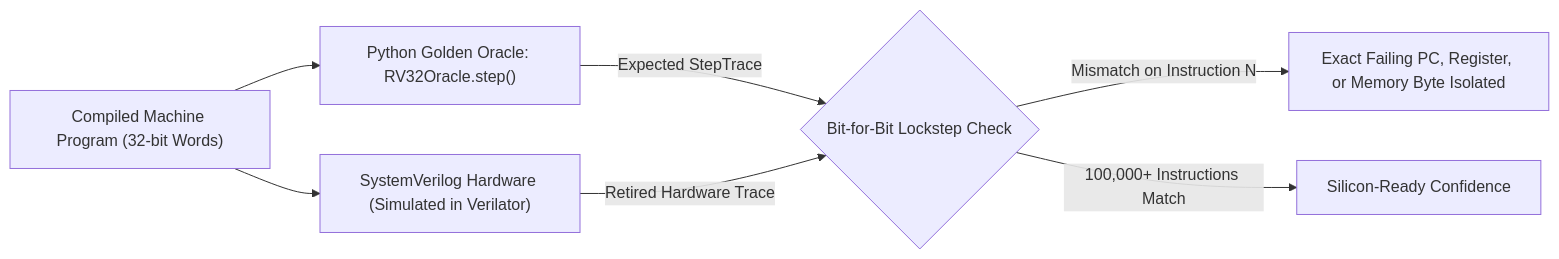
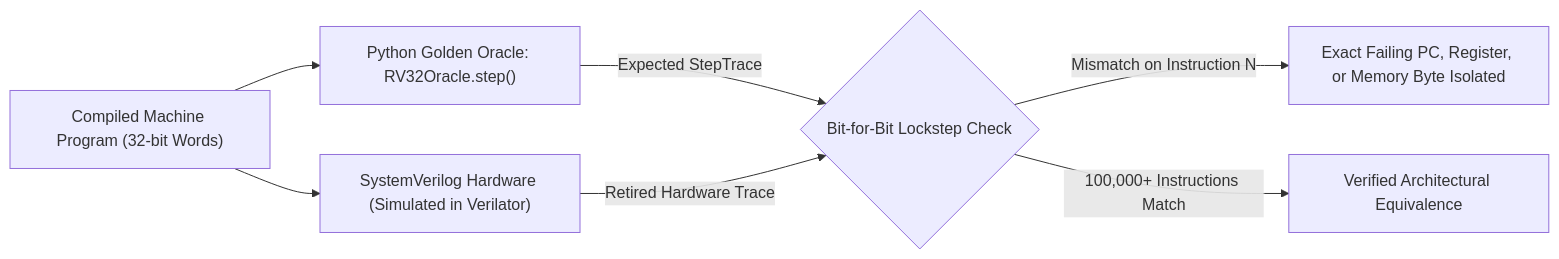
Before and after one commit to Ethanex8/apex: the first of 2 diagrams in systems/brain/chapters/01_golden_oracle_and_isa.md, drawn with Mermaid. The commit also changed other lines of this file and 18 other files, not shown here.

````diff
--- a/systems/brain/chapters/01_golden_oracle_and_isa.md
+++ b/systems/brain/chapters/01_golden_oracle_and_isa.md
@@ -19,10 +19,10 @@
 ```mermaid
 flowchart LR
     PROG["Compiled Machine Program (32-bit Words)"]
     PROG --> ORACLE["Python Golden Oracle: RV32Oracle.step()"]
     PROG --> RTL["SystemVerilog Hardware (Simulated in Verilator)"]
     ORACLE -->|"Expected StepTrace"| CMP{"Bit-for-Bit Lockstep Check"}
     RTL -->|"Retired Hardware Trace"| CMP
     CMP -->|"Mismatch on Instruction N"| BUG["Exact Failing PC, Register, or Memory Byte Isolated"]
-    CMP -->|"100,000+ Instructions Match"| PASS["Silicon-Ready Confidence"]
+    CMP -->|"100,000+ Instructions Match"| PASS["Verified Architectural Equivalence"]
 ```
````
